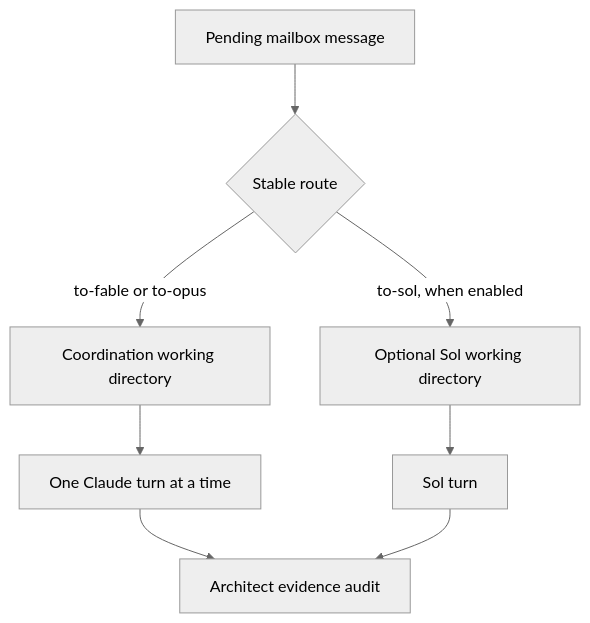
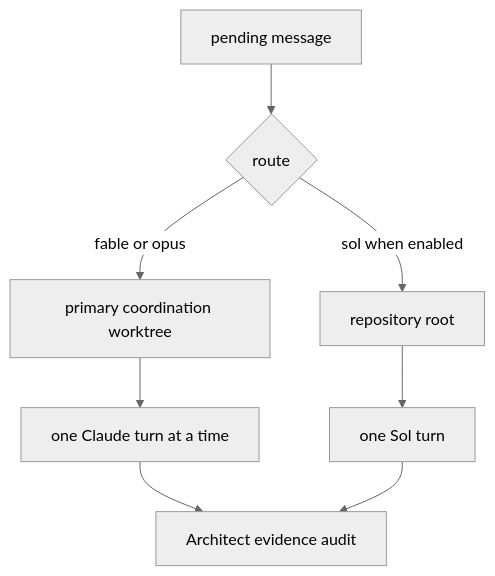
Before and after one commit to SBU-COSMOLIKE/emulators_code_v2: the fifth of 7 diagrams in ai/README.md, drawn with Mermaid (neutral theme). The commit also changed other lines of this file and 1 other file, not shown here.

````diff
--- a/ai/README.md
+++ b/ai/README.md
@@ -709,10 +682,10 @@
 ```mermaid
 flowchart TB
-  M["Pending mailbox message"] --> R{"Stable route"}
-  R -->|"to-fable or to-opus"| C["Coordination working directory"]
-  R -->|"to-sol, when enabled"| S["Optional Sol working directory"]
-  C --> CT["One Claude turn at a time"]
-  S --> ST["Sol turn"]
-  CT --> E["Architect evidence audit"]
-  ST --> E
+  M["pending message"] --> R{"route"}
+  R -->|"fable or opus"| C["primary coordination worktree"]
+  R -->|"sol when enabled"| S["repository root"]
+  C --> Q["one Claude turn at a time"]
+  S --> T["one Sol turn"]
+  Q --> A["Architect evidence audit"]
+  T --> A
 ```
````
